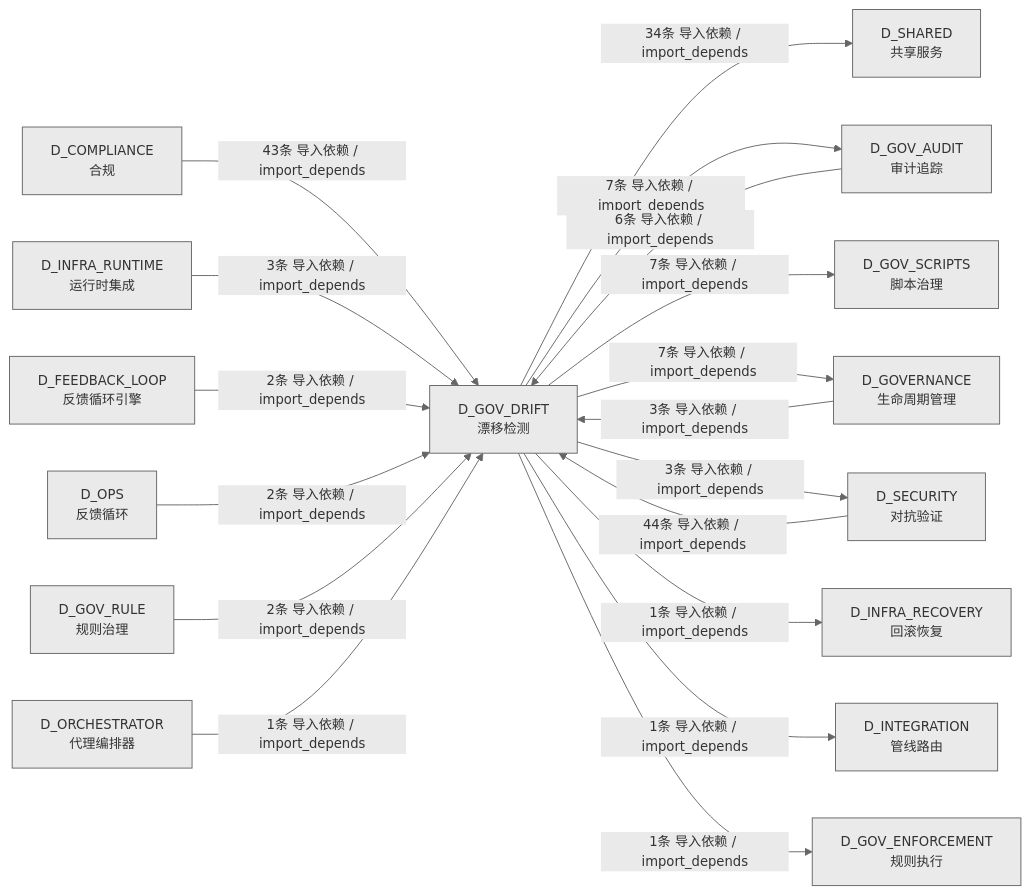
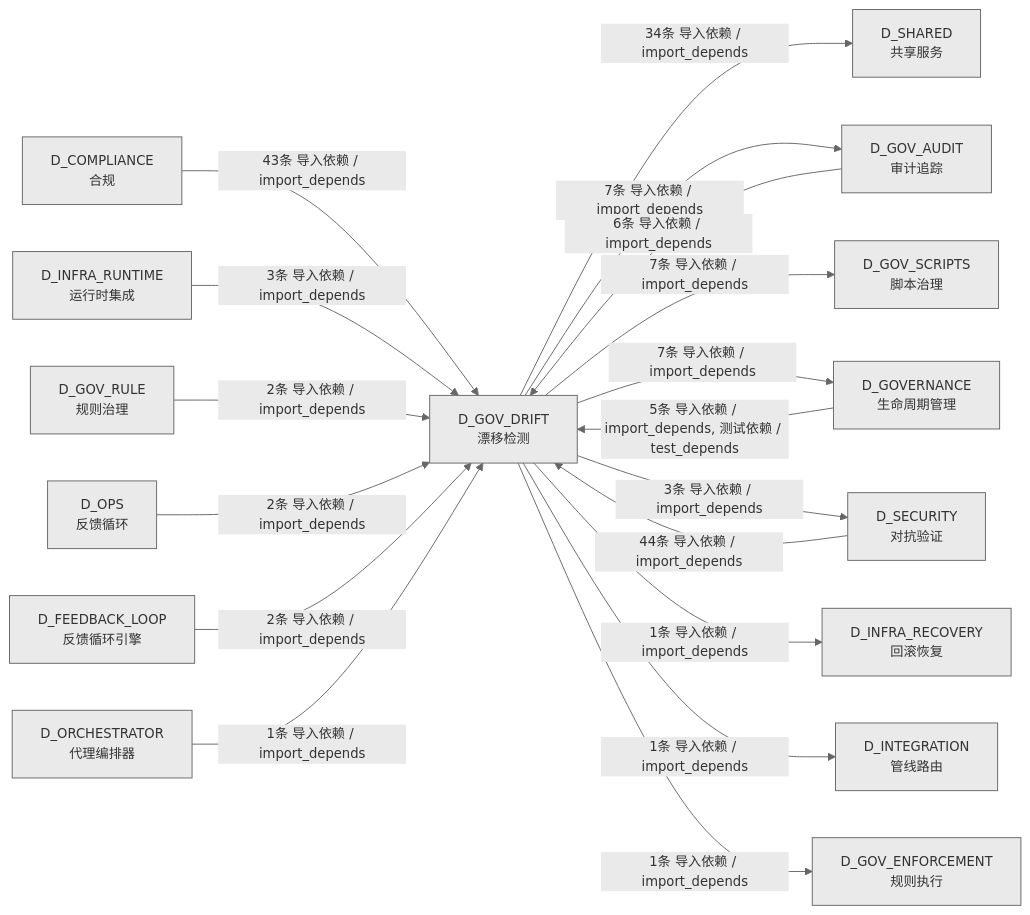
The fourth of 4 diagrams in docs/02_enterprise_architecture/02_domain_architecture_docs/52_d_gov_drift.md (xuanFelixVan/ZephyrAlpha), drawn with Mermaid before and after one commit. The commit also changed other lines of this file and 47 other files, not shown here.

````diff
--- a/docs/02_enterprise_architecture/02_domain_architecture_docs/52_d_gov_drift.md
+++ b/docs/02_enterprise_architecture/02_domain_architecture_docs/52_d_gov_drift.md
@@ -649,36 +657,36 @@
 ```mermaid
 %%{init: {'theme': 'base', 'themeVariables': {'primaryColor': '#eaeaea', 'primaryTextColor': '#333333', 'primaryBorderColor': '#666666', 'lineColor': '#666666', 'secondaryColor': '#eaeaea', 'tertiaryColor': '#eaeaea', 'fontSize': '14px'}}}%%
 graph LR
     D_GOV_DRIFT["D_GOV_DRIFT<br/>漂移检测"]
     D_SHARED["D_SHARED<br/>共享服务"]
     D_GOV_AUDIT["D_GOV_AUDIT<br/>审计追踪"]
     D_GOV_SCRIPTS["D_GOV_SCRIPTS<br/>脚本治理"]
     D_GOVERNANCE["D_GOVERNANCE<br/>生命周期管理"]
     D_SECURITY["D_SECURITY<br/>对抗验证"]
     D_INFRA_RECOVERY["D_INFRA_RECOVERY<br/>回滚恢复"]
     D_INTEGRATION["D_INTEGRATION<br/>管线路由"]
     D_GOV_ENFORCEMENT["D_GOV_ENFORCEMENT<br/>规则执行"]
     D_COMPLIANCE["D_COMPLIANCE<br/>合规"]
     D_INFRA_RUNTIME["D_INFRA_RUNTIME<br/>运行时集成"]
+    D_GOV_RULE["D_GOV_RULE<br/>规则治理"]
+    D_OPS["D_OPS<br/>反馈循环"]
     D_FEEDBACK_LOOP["D_FEEDBACK_LOOP<br/>反馈循环引擎"]
-    D_OPS["D_OPS<br/>反馈循环"]
-    D_GOV_RULE["D_GOV_RULE<br/>规则治理"]
     D_ORCHESTRATOR["D_ORCHESTRATOR<br/>代理编排器"]
     D_GOV_DRIFT -->|34条 导入依赖 / import_depends| D_SHARED
     D_GOV_DRIFT -->|7条 导入依赖 / import_depends| D_GOV_AUDIT
     D_GOV_DRIFT -->|7条 导入依赖 / import_depends| D_GOV_SCRIPTS
     D_GOV_DRIFT -->|7条 导入依赖 / import_depends| D_GOVERNANCE
     D_GOV_DRIFT -->|3条 导入依赖 / import_depends| D_SECURITY
     D_GOV_DRIFT -->|1条 导入依赖 / import_depends| D_INFRA_RECOVERY
     D_GOV_DRIFT -->|1条 导入依赖 / import_depends| D_INTEGRATION
     D_GOV_DRIFT -->|1条 导入依赖 / import_depends| D_GOV_ENFORCEMENT
     D_SECURITY -->|44条 导入依赖 / import_depends| D_GOV_DRIFT
     D_COMPLIANCE -->|43条 导入依赖 / import_depends| D_GOV_DRIFT
     D_GOV_AUDIT -->|6条 导入依赖 / import_depends| D_GOV_DRIFT
+    D_GOVERNANCE -->|5条 导入依赖 / import_depends, 测试依赖 / test_depends| D_GOV_DRIFT
     D_INFRA_RUNTIME -->|3条 导入依赖 / import_depends| D_GOV_DRIFT
-    D_GOVERNANCE -->|3条 导入依赖 / import_depends| D_GOV_DRIFT
+    D_GOV_RULE -->|2条 导入依赖 / import_depends| D_GOV_DRIFT
+    D_OPS -->|2条 导入依赖 / import_depends| D_GOV_DRIFT
     D_FEEDBACK_LOOP -->|2条 导入依赖 / import_depends| D_GOV_DRIFT
-    D_OPS -->|2条 导入依赖 / import_depends| D_GOV_DRIFT
-    D_GOV_RULE -->|2条 导入依赖 / import_depends| D_GOV_DRIFT
     D_ORCHESTRATOR -->|1条 导入依赖 / import_depends| D_GOV_DRIFT
 ```
````
